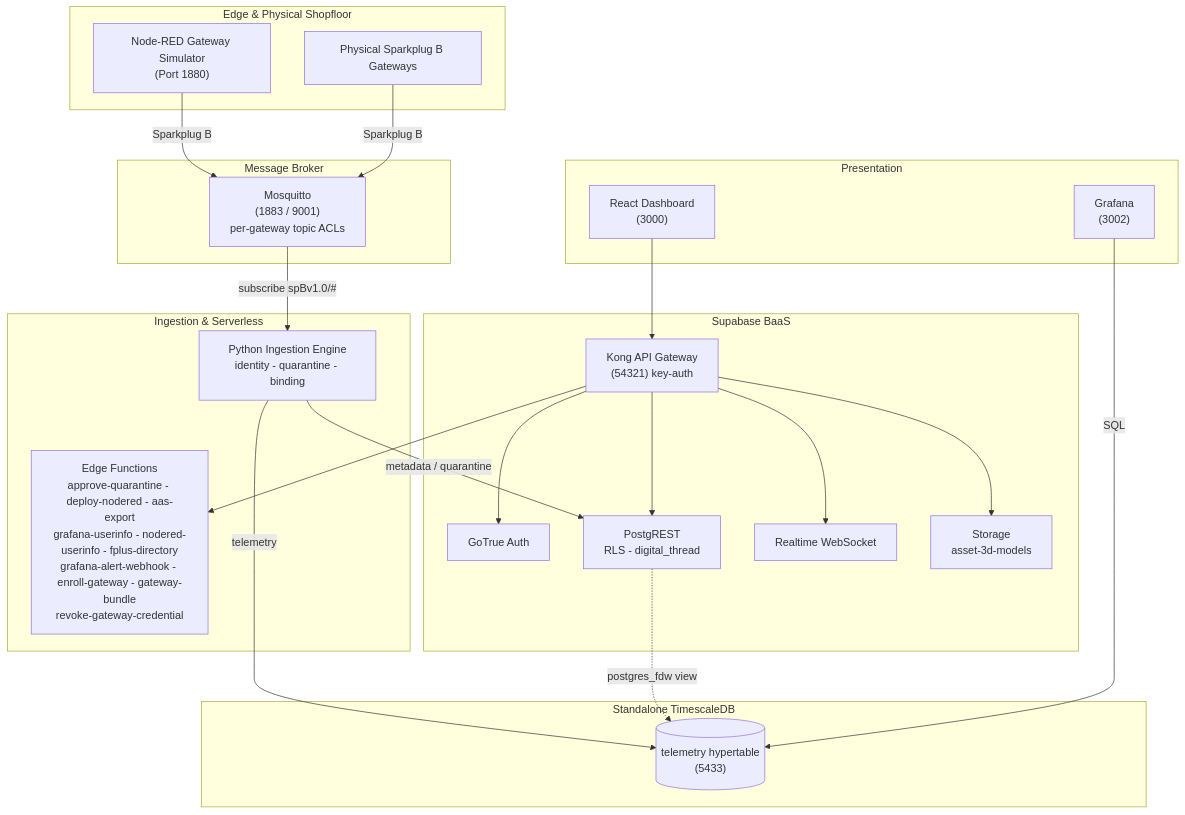
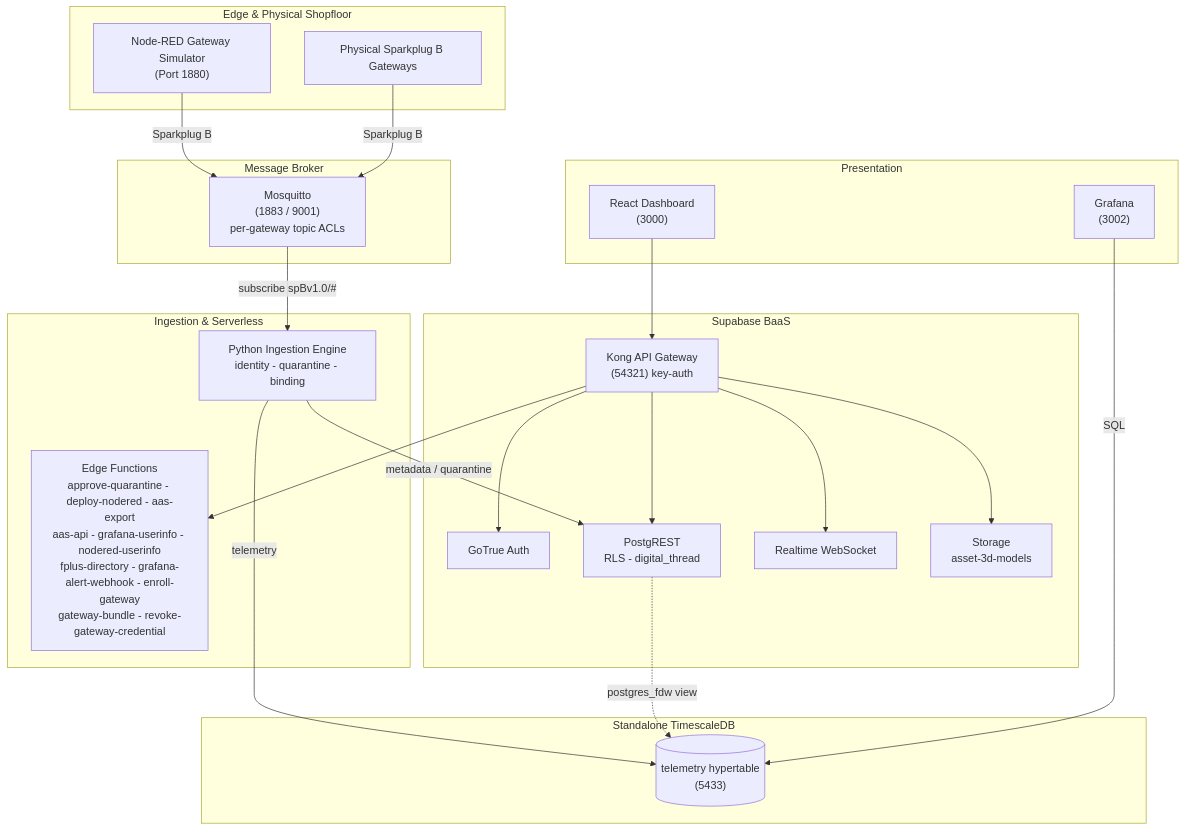
The diagram in README.md (Harri-Llewelyn/Aber), drawn with Mermaid before and after one commit. The commit also changed other lines of this file and 14 other files, not shown here.

````diff
--- a/README.md
+++ b/README.md
@@ -30,47 +30,47 @@
 ```mermaid
 flowchart TB
     subgraph Edge ["Edge & Physical Shopfloor"]
         NR["Node-RED Gateway Simulator<br/>(Port 1880)"]
         DEV["Physical Sparkplug B Gateways"]
     end
 
     subgraph Messaging ["Message Broker"]
         MQTT["Mosquitto<br/>(1883 / 9001)<br/>per-gateway topic ACLs"]
     end
 
     subgraph Processing ["Ingestion & Serverless"]
         ING["Python Ingestion Engine<br/>identity - quarantine - binding"]
-        EF["Edge Functions<br/>approve-quarantine - deploy-nodered - aas-export<br/>grafana-userinfo - nodered-userinfo - fplus-directory<br/>grafana-alert-webhook - enroll-gateway - gateway-bundle<br/>revoke-gateway-credential"]
+        EF["Edge Functions<br/>approve-quarantine - deploy-nodered - aas-export<br/>aas-api - grafana-userinfo - nodered-userinfo<br/>fplus-directory - grafana-alert-webhook - enroll-gateway<br/>gateway-bundle - revoke-gateway-credential"]
     end
 
     subgraph Supabase ["Supabase BaaS"]
         KONG["Kong API Gateway<br/>(54321) key-auth"]
         AUTH["GoTrue Auth"]
         PGRST["PostgREST<br/>RLS - digital_thread"]
         RT["Realtime WebSocket"]
         STO["Storage<br/>asset-3d-models"]
     end
 
     subgraph TSDB ["Standalone TimescaleDB"]
         TS[("telemetry hypertable<br/>(5433)")]
     end
 
     subgraph UX ["Presentation"]
         UI["React Dashboard<br/>(3000)"]
         GRAF["Grafana<br/>(3002)"]
     end
 
     NR -->|Sparkplug B| MQTT
     DEV -->|Sparkplug B| MQTT
     MQTT -->|subscribe spBv1.0/#| ING
     ING -->|metadata / quarantine| PGRST
     ING -->|telemetry| TS
     UI --> KONG
     KONG --> AUTH
     KONG --> PGRST
     KONG --> RT
     KONG --> STO
     KONG --> EF
     PGRST -.->|postgres_fdw view| TS
     GRAF -->|SQL| TS
 ```
````
